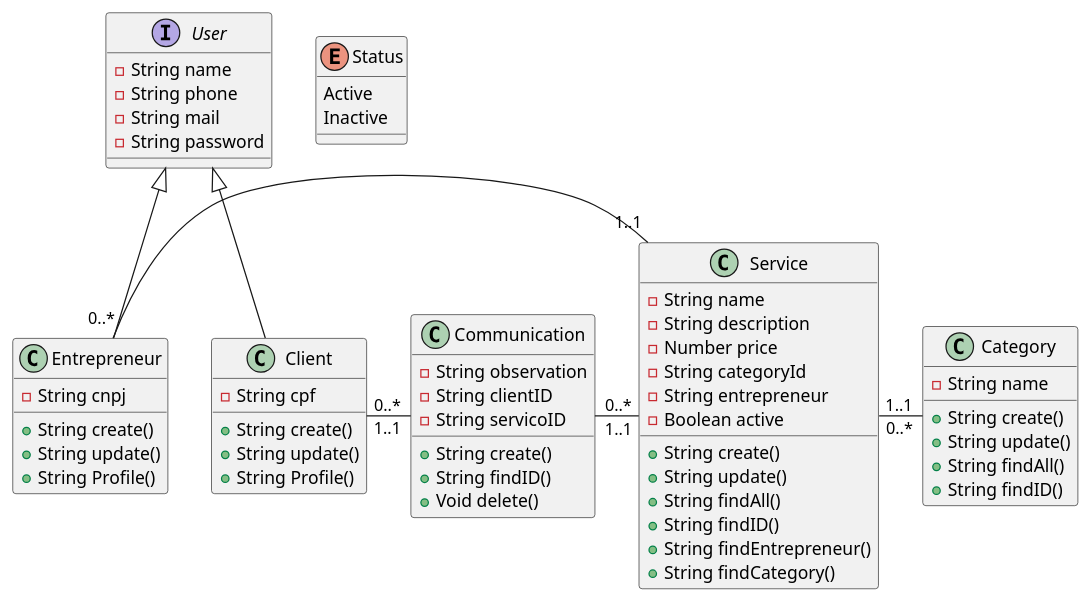
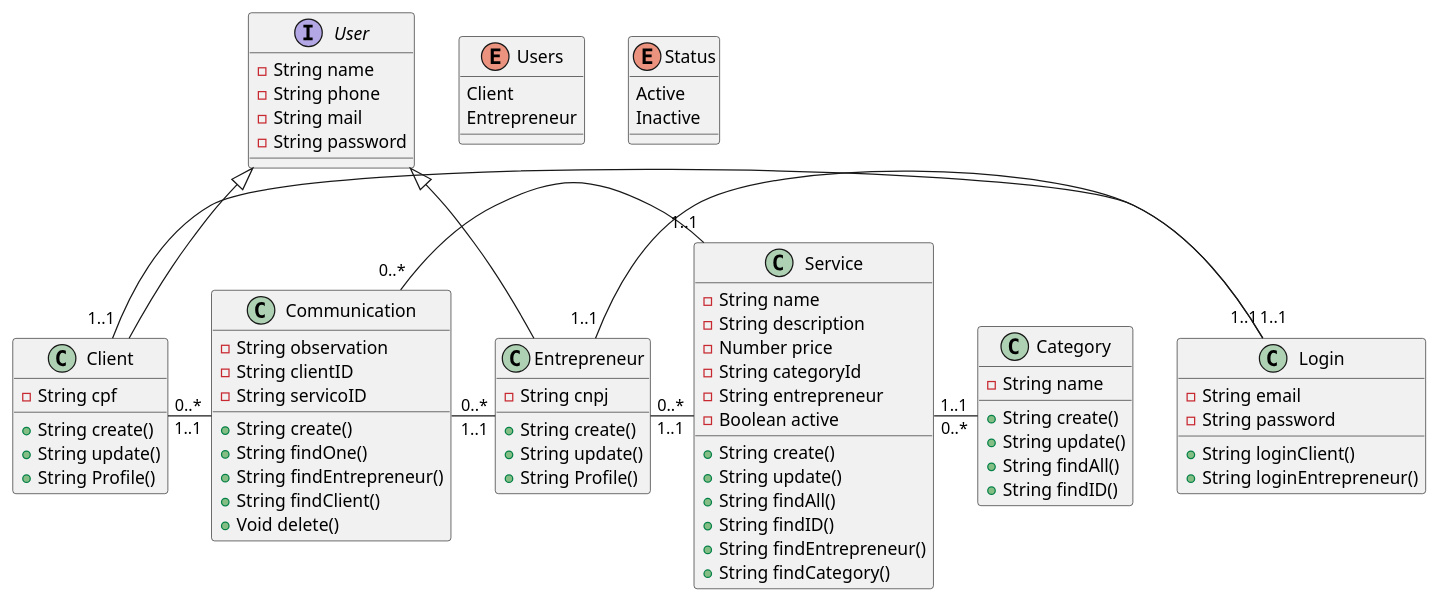
The diagram in diagram/src/Diagram-Class/class.puml (LeonardoCamilo10/API-SERVICE-BACK-END), drawn with PlantUML before and after one commit. The commit also changed 4 other files, not shown here.

Commit message:
feat: add diagrams design pattern

```diff
--- a/diagram/src/Diagram-Class/class.puml
+++ b/diagram/src/Diagram-Class/class.puml
@@ -1,71 +1,88 @@
 @startuml DiagramClass
     interface User {
       -String name
       -String phone
       -String mail
       -String password
     }
 
     class Entrepreneur extends User {
       -String cnpj
       +String create()
       +String update()
       +String Profile()
-
     }
 
     class Client extends User {
       -String cpf
       +String create()
       +String update()
       +String Profile()
     }
+
+    class Login{
+      -String email
+      -String password
+      +String loginClient()
+      +String loginEntrepreneur()
+    }
+
+    enum Users{
+      Client
+      Entrepreneur
+    }
+
+    Client "1..1" - "1..1" Login
+    Entrepreneur "1..1" - "1..1" Login
 
     class Service {
       -String name
       -String description
       -Number price
       -String categoryId
       -String entrepreneur
       -Boolean active
 
       +String create()
       +String update()
       +String findAll()
       +String findID()
       +String findEntrepreneur()
       +String findCategory()      
     }
 
     Entrepreneur "0..*" - "1..1" Service
 
     enum Status{
       Active
       Inactive
     }
 
     class Category {
       -String name
 
       +String create()
       +String update()
       +String findAll()
       +String findID()
     }
 
     Service "1..1" - "0..*" Category
 
     class Communication{
       -String observation 
       -String clientID
       -String servicoID
 
       +String create()
-      +String findID()
+      +String findOne()
+      +String findEntrepreneur()
+      +String findClient()
       +Void delete()
     }
 
     Client "0..*" - "1..1" Communication
     Communication "0..*" - "1..1" Service
+    Communication "0..*" - "1..1" Entrepreneur
     
 @enduml
```
